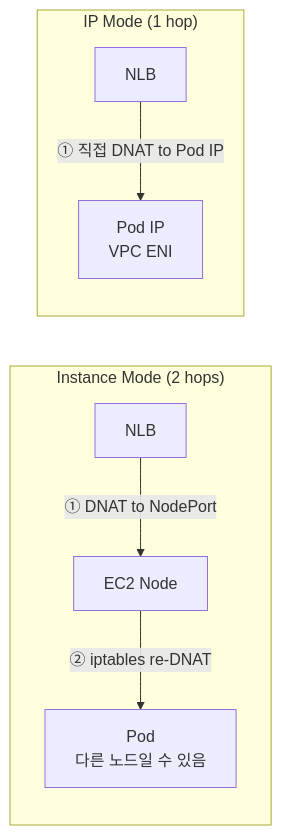
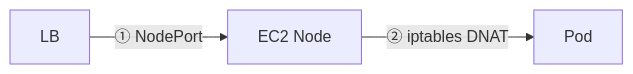
One commit to pyy0715/eks-pratice changed the first of 4 diagrams in docs/week2/6_load-balancer.md. Above: the diagram before and after it, drawn with Mermaid. The commit also changed other lines of this file and 20 other files, not shown here.

````diff
--- a/docs/week2/6_load-balancer.md
+++ b/docs/week2/6_load-balancer.md
@@ -27,10 +27,5 @@
-```mermaid
-graph LR
-    subgraph "Instance Mode (2 hops)"
-        NLB1[NLB] -->|"① DNAT to NodePort"| NP[EC2 Node]
-        NP -->|"② iptables re-DNAT"| P1[Pod\n다른 노드일 수 있음]
-    end
-    subgraph "IP Mode (1 hop)"
-        NLB2[NLB] -->|"① 직접 DNAT to Pod IP"| P2[Pod IP\nVPC ENI]
-    end
-```
+    ```mermaid
+    graph LR
+        LB[LB] --> |"① NodePort"| Node[EC2 Node]
+        Node --> |"② iptables DNAT"| Pod[Pod]
+    ```
````
